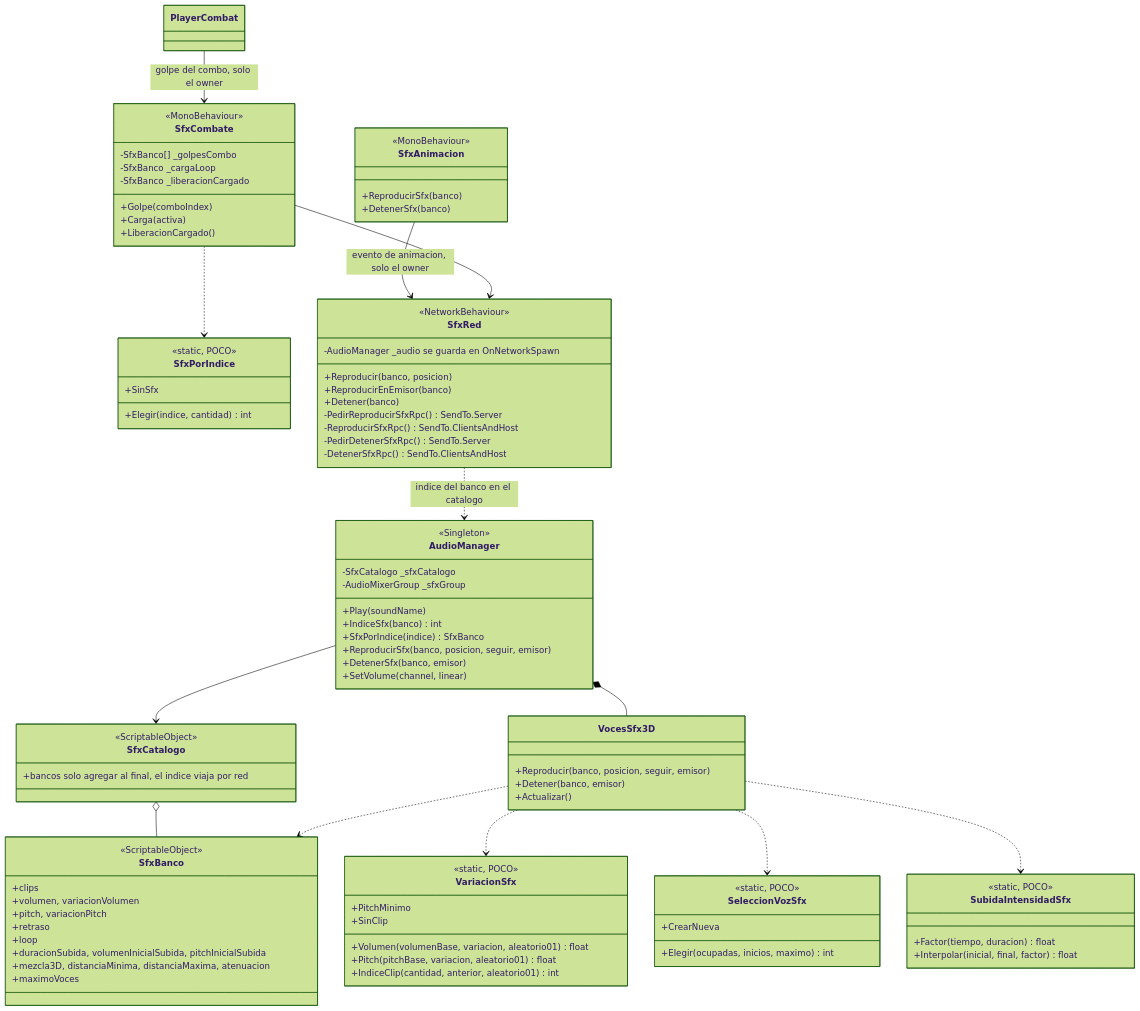
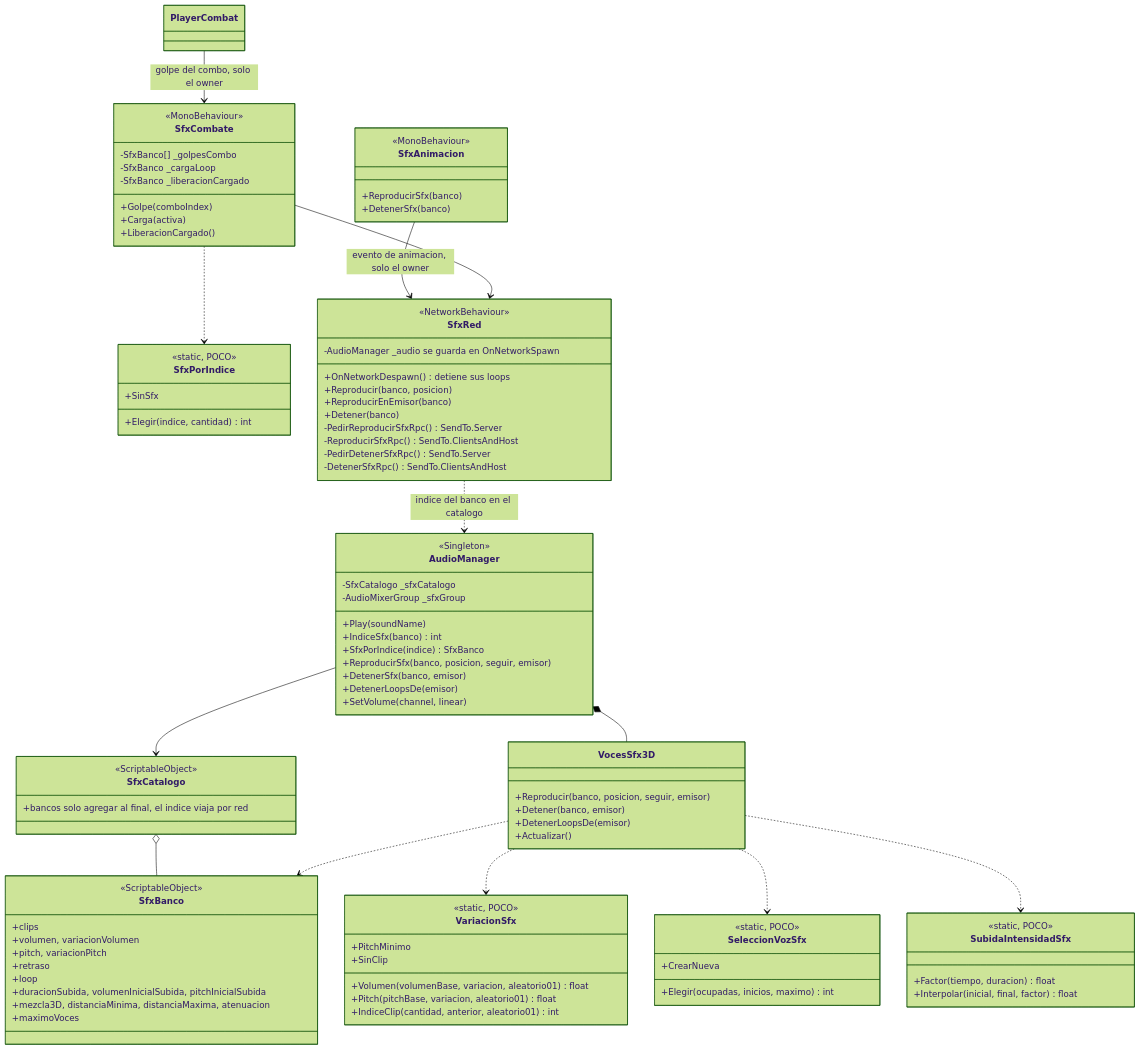
Before and after one commit to VicBojoDev10/DeathOfMeaningRepo: the diagram in docs/diagrams/audio.mermaid, drawn with Mermaid (forest theme).

Commit message:
doc: add loop cleanup on despawn to the audio diagram

```diff
--- a/docs/diagrams/audio.mermaid
+++ b/docs/diagrams/audio.mermaid
@@ -1,103 +1,106 @@
 classDiagram
     class VariacionSfx {
         <<static, POCO>>
         +PitchMinimo
         +SinClip
         +Volumen(volumenBase, variacion, aleatorio01) float
         +Pitch(pitchBase, variacion, aleatorio01) float
         +IndiceClip(cantidad, anterior, aleatorio01) int
     }
 
     class SeleccionVozSfx {
         <<static, POCO>>
         +CrearNueva
         +Elegir(ocupadas, inicios, maximo) int
     }
 
     class SfxPorIndice {
         <<static, POCO>>
         +SinSfx
         +Elegir(indice, cantidad) int
     }
 
     class SfxCombate {
         <<MonoBehaviour>>
         -SfxBanco[] _golpesCombo
         -SfxBanco _cargaLoop
         -SfxBanco _liberacionCargado
         +Golpe(comboIndex)
         +Carga(activa)
         +LiberacionCargado()
     }
 
     class SubidaIntensidadSfx {
         <<static, POCO>>
         +Factor(tiempo, duracion) float
         +Interpolar(inicial, final, factor) float
     }
 
     class SfxBanco {
         <<ScriptableObject>>
         +clips
         +volumen, variacionVolumen
         +pitch, variacionPitch
         +retraso
         +loop
         +duracionSubida, volumenInicialSubida, pitchInicialSubida
         +mezcla3D, distanciaMinima, distanciaMaxima, atenuacion
         +maximoVoces
     }
 
     class SfxCatalogo {
         <<ScriptableObject>>
         +bancos solo agregar al final, el indice viaja por red
     }
 
     class AudioManager {
         <<Singleton>>
         -SfxCatalogo _sfxCatalogo
         -AudioMixerGroup _sfxGroup
         +Play(soundName)
         +IndiceSfx(banco) int
         +SfxPorIndice(indice) SfxBanco
         +ReproducirSfx(banco, posicion, seguir, emisor)
         +DetenerSfx(banco, emisor)
+        +DetenerLoopsDe(emisor)
         +SetVolume(channel, linear)
     }
 
     class VocesSfx3D {
         +Reproducir(banco, posicion, seguir, emisor)
         +Detener(banco, emisor)
+        +DetenerLoopsDe(emisor)
         +Actualizar()
     }
 
     class SfxRed {
         <<NetworkBehaviour>>
         -AudioManager _audio se guarda en OnNetworkSpawn
+        +OnNetworkDespawn() detiene sus loops
         +Reproducir(banco, posicion)
         +ReproducirEnEmisor(banco)
         +Detener(banco)
         -PedirReproducirSfxRpc() SendTo.Server
         -ReproducirSfxRpc() SendTo.ClientsAndHost
         -PedirDetenerSfxRpc() SendTo.Server
         -DetenerSfxRpc() SendTo.ClientsAndHost
     }
 
     class SfxAnimacion {
         <<MonoBehaviour>>
         +ReproducirSfx(banco)
         +DetenerSfx(banco)
     }
 
     SfxCatalogo o-- SfxBanco
     AudioManager --> SfxCatalogo
     AudioManager *-- VocesSfx3D
     VocesSfx3D ..> VariacionSfx
     VocesSfx3D ..> SeleccionVozSfx
     VocesSfx3D ..> SfxBanco
     SfxRed ..> AudioManager : indice del banco en el catalogo
     SfxAnimacion --> SfxRed : evento de animacion, solo el owner
     PlayerCombat --> SfxCombate : golpe del combo, solo el owner
     SfxCombate ..> SfxPorIndice
     SfxCombate --> SfxRed
     VocesSfx3D ..> SubidaIntensidadSfx
```
